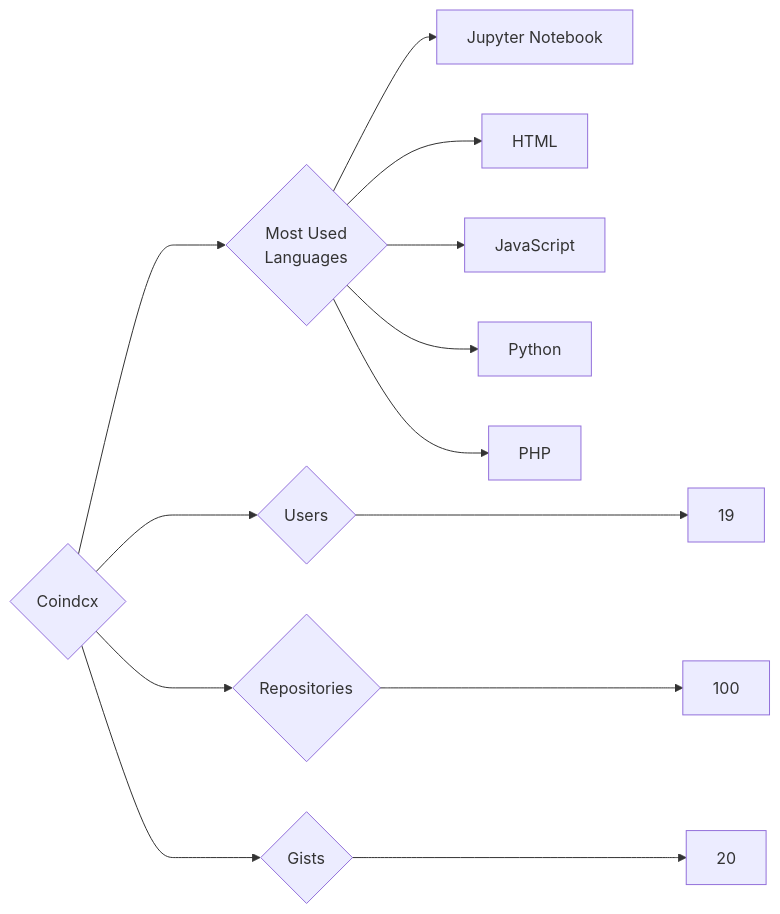
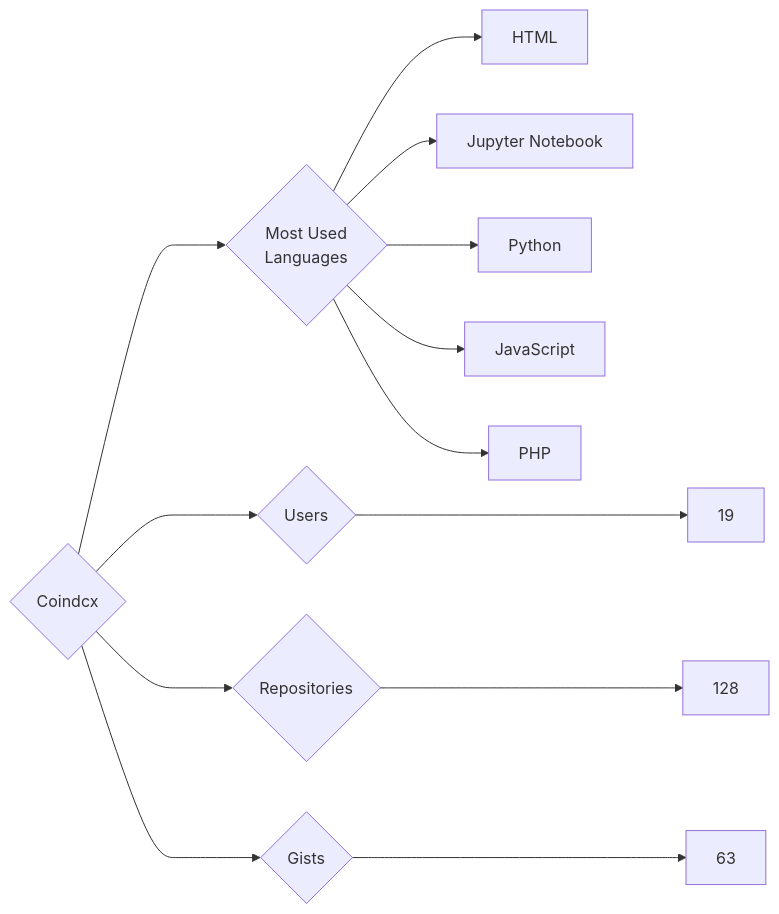
The diagram in targets/Coindcx/README.md (trickest/insiders), drawn with Mermaid before and after one commit. The commit also changed 633 other files, not shown here.

````diff
--- a/targets/Coindcx/README.md
+++ b/targets/Coindcx/README.md
@@ -3,13 +3,13 @@
 ```mermaid
 graph LR
 COMPANY_NAME{Coindcx}
 COMPANY_NAME ---> U{Users} ---> UN[19]
-COMPANY_NAME ---> R{Repositories} ---> RN[100]
-COMPANY_NAME ---> G{Gists} ---> GN[20]
+COMPANY_NAME ---> R{Repositories} ---> RN[128]
+COMPANY_NAME ---> G{Gists} ---> GN[63]
 COMPANY_NAME ---> ML{Most Used<br>Languages}
+ML --> HTML[HTML]
 ML --> Jupyter_Notebook[Jupyter Notebook]
-ML --> HTML[HTML]
+ML --> Python[Python]
 ML --> JavaScript[JavaScript]
-ML --> Python[Python]
 ML --> PHP[PHP]
 ```
````
